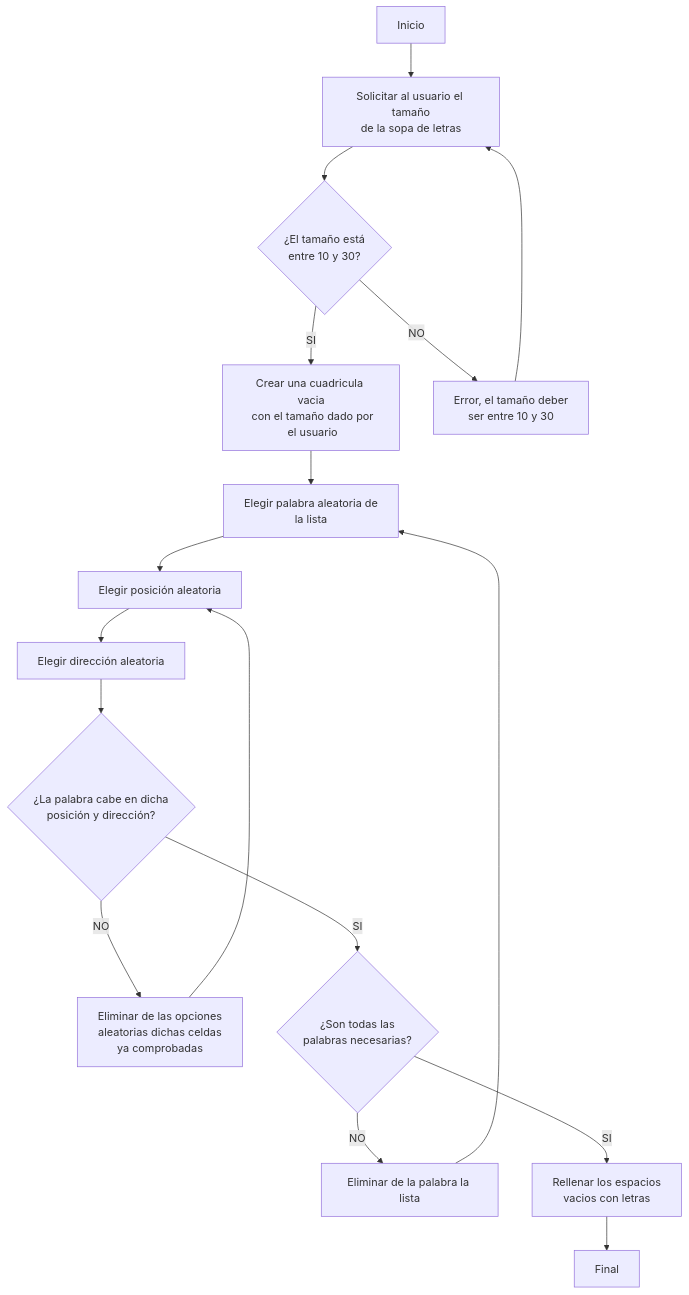
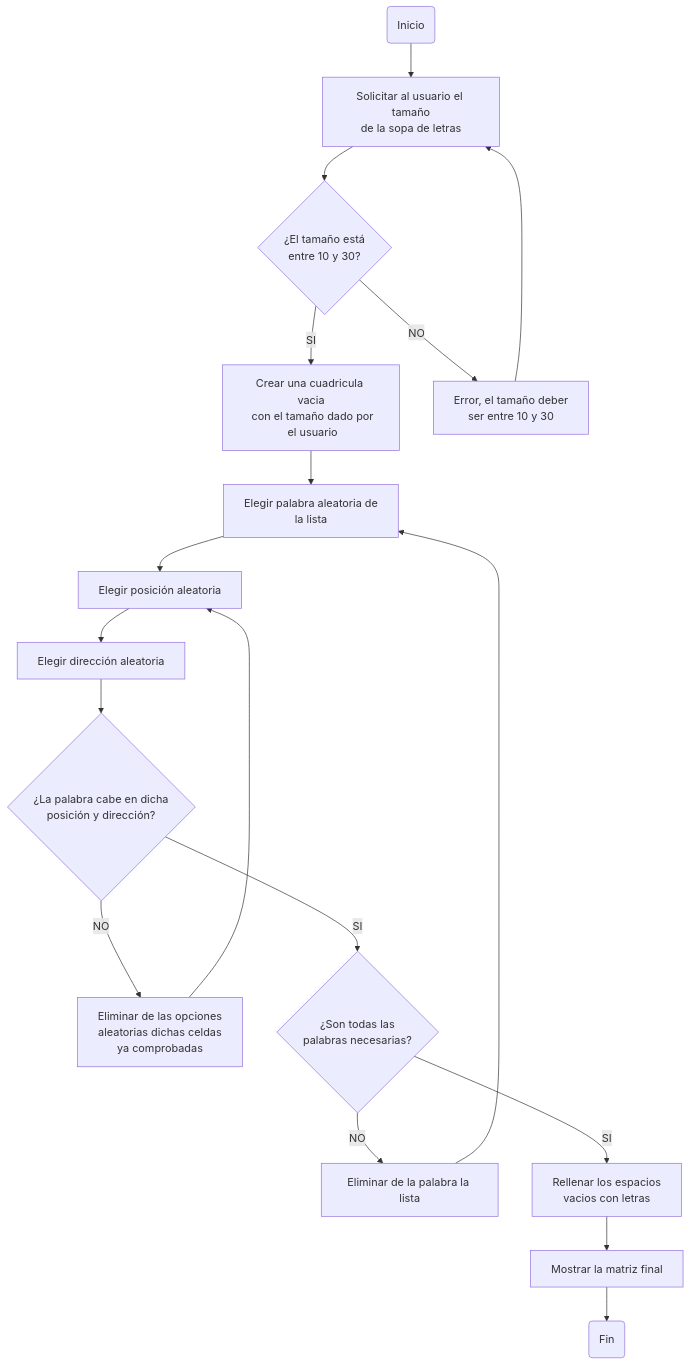
One commit to eduard-av/proyectoProgramacion-Sopa-de-Letras changed the diagram in README.md. Above: the diagram before and after it, drawn with Mermaid.

````diff
--- a/README.md
+++ b/README.md
@@ -59,32 +59,32 @@
 ```mermaid
 flowchart TD
-    A[Inicio] --> B[Solicitar al usuario el tamaño
+    A(Inicio) --> B[Solicitar al usuario el tamaño
 de la sopa de letras]
     B-->C{¿El tamaño está
 entre 10 y 30?}
     C-->|SI| D[Crear una cuadricula vacia
  con el tamaño dado por
  el usuario]
     C-->|NO| E["Error, el tamaño deber
  ser entre 10 y 30"]
     E-->B
     D-->F[Elegir palabra aleatoria de
 la lista]
     F-->G[Elegir posición aleatoria]
     G-->H[Elegir dirección aleatoria]
     H-->I{¿La palabra cabe en dicha
  posición y dirección?}
     I-->|NO| J[Eliminar de las opciones
  aleatorias dichas celdas
 ya comprobadas]
     I-->|SI| K{¿Son todas las
 palabras necesarias?}
     K-->|NO| L[Eliminar de la palabra la lista]
     K-->|SI| M[Rellenar los espacios
 vacios con letras]
     M-->N[Mostrar la matriz final]
     J-->G
     L-->F
-    N[Final]
+    N-->O(Fin)
     
 ```
````
